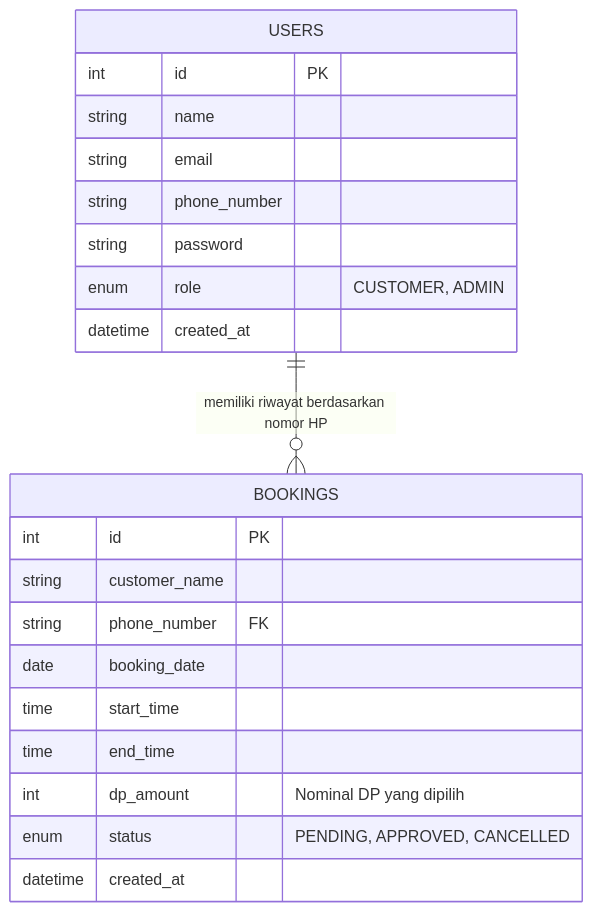
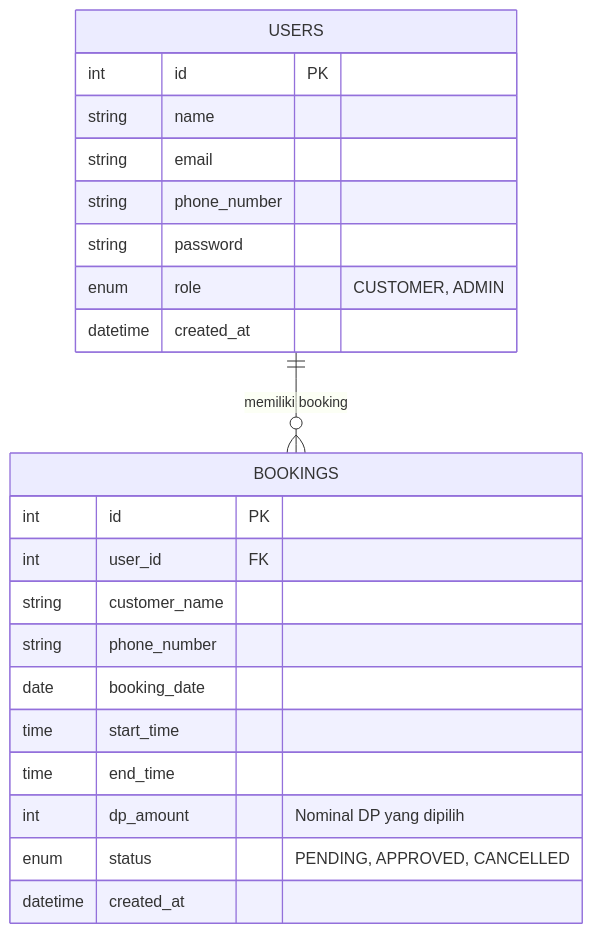
One commit to juffryfauziillyas-droid/siremins changed the second of 3 diagrams in TAHAP_PEMBUATAN_PROYEK.md. Above: the diagram before and after it, drawn with Mermaid. The commit also changed other lines of this file and 26 other files, not shown here.

````diff
--- a/TAHAP_PEMBUATAN_PROYEK.md
+++ b/TAHAP_PEMBUATAN_PROYEK.md
@@ -64,24 +64,25 @@
 ```mermaid
 erDiagram
-    USERS ||--o{ BOOKINGS : "memiliki riwayat berdasarkan nomor HP"
+    USERS ||--o{ BOOKINGS : "memiliki booking"
     USERS {
         int id PK
         string name
         string email
         string phone_number
         string password
         enum role "CUSTOMER, ADMIN"
         datetime created_at
     }
     BOOKINGS {
         int id PK
+        int user_id FK
         string customer_name
-        string phone_number FK
+        string phone_number
         date booking_date
         time start_time
         time end_time
         int dp_amount "Nominal DP yang dipilih"
         enum status "PENDING, APPROVED, CANCELLED"
         datetime created_at
     }
 ```
````
